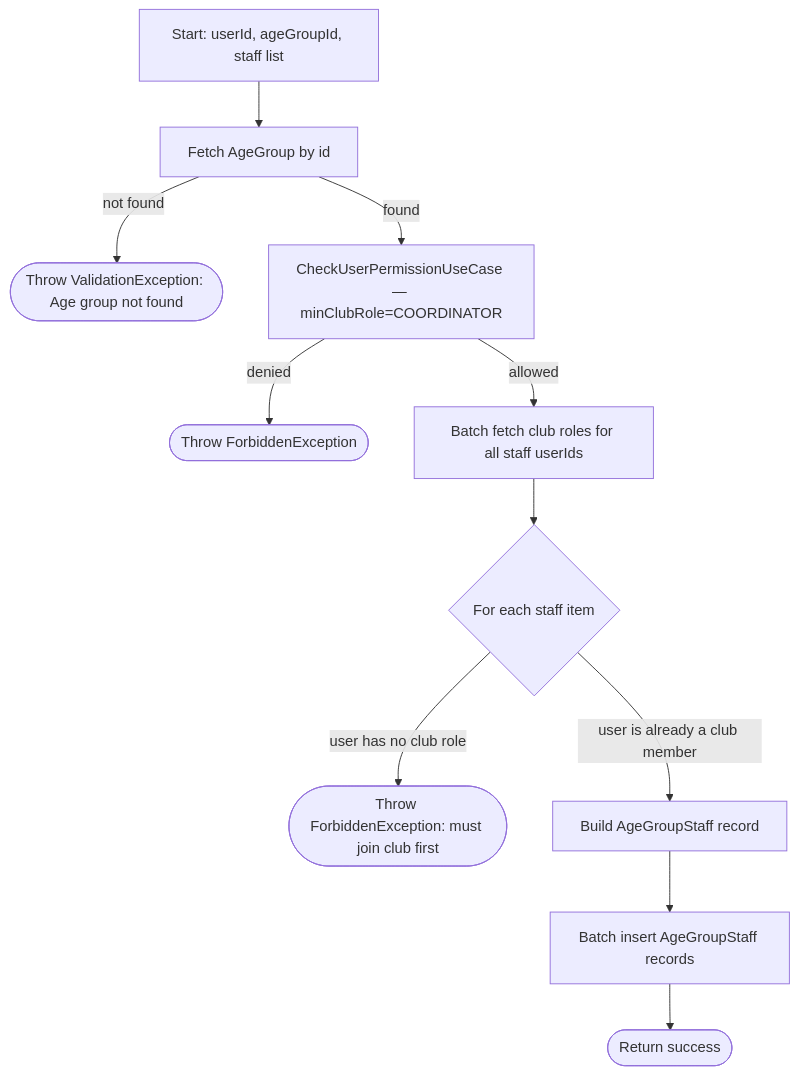
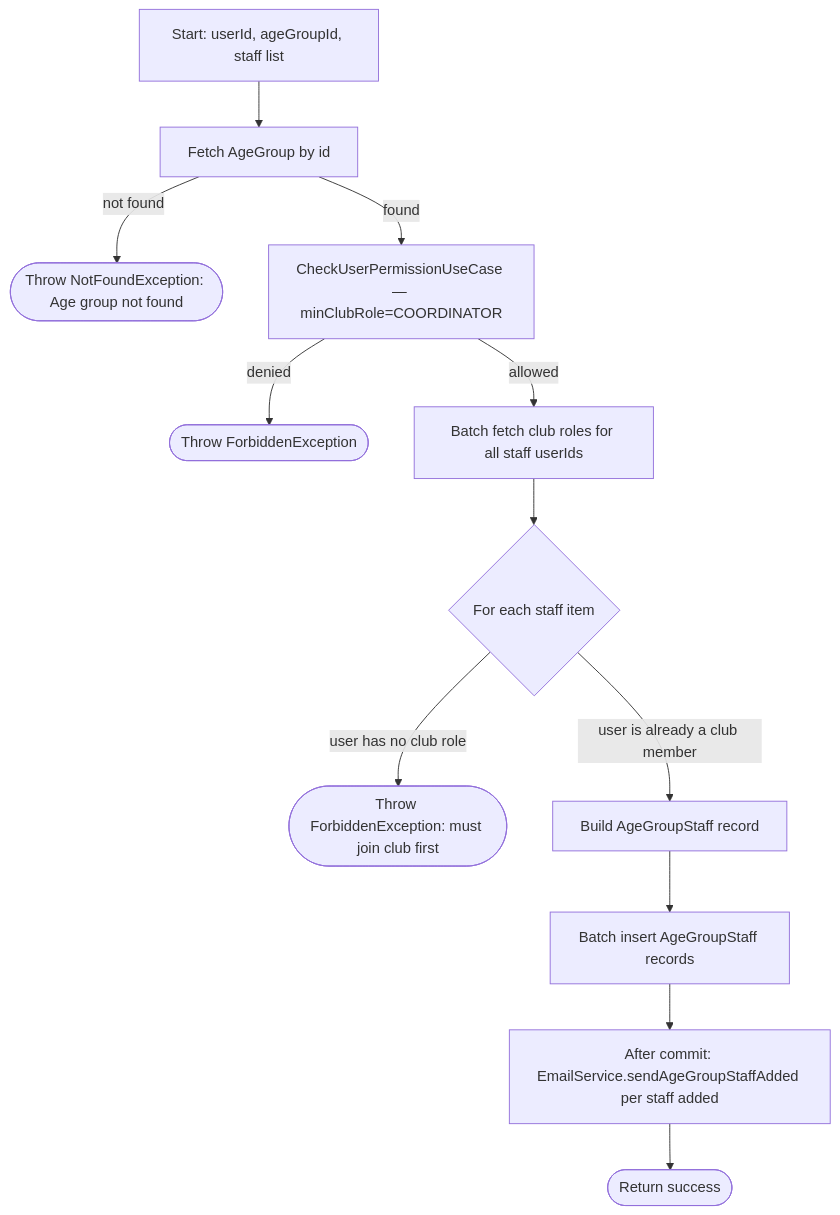
One commit to ricardofrango/squadify changed diagram 28 of 45 in PROCESS_FLOWS.md. Above: the diagram before and after it, drawn with Mermaid. The commit also changed other lines of this file and 1 other file, not shown here.

First line of the commit message:
Update PROCESS_FLOWS.md flowcharts for the email step, add notifications to roadmap

````diff
--- a/PROCESS_FLOWS.md
+++ b/PROCESS_FLOWS.md
@@ -604,13 +612,14 @@
 ```mermaid
 graph TD
     A[Start: userId, ageGroupId, staff list] --> B[Fetch AgeGroup by id]
-    B -- not found --> V(["Throw ValidationException: Age group not found"])
+    B -- not found --> V(["Throw NotFoundException: Age group not found"])
     B -- found --> C[CheckUserPermissionUseCase — minClubRole=COORDINATOR]
     C -- denied --> F(["Throw ForbiddenException"])
     C -- allowed --> D[Batch fetch club roles for all staff userIds]
     D --> E{For each staff item}
     E -- user has no club role --> FB(["Throw ForbiddenException: must join club first"])
     E -- user is already a club member --> G[Build AgeGroupStaff record]
     G --> H[Batch insert AgeGroupStaff records]
-    H --> Z(["Return success"])
+    H --> I["After commit: EmailService.sendAgeGroupStaffAdded per staff added"]
+    I --> Z(["Return success"])
 ```
````
